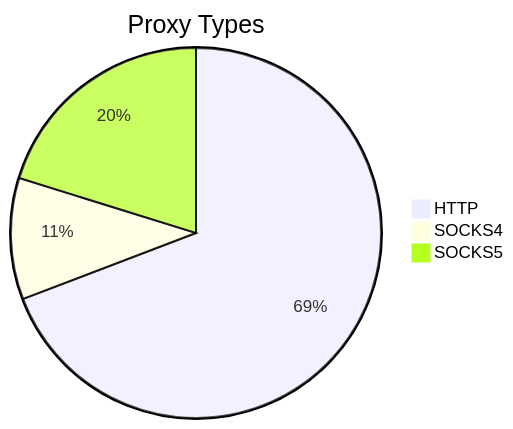
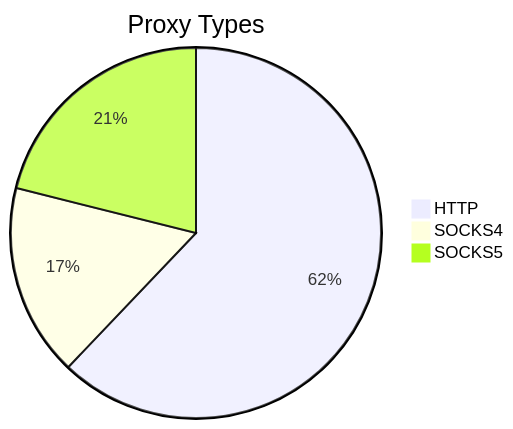
Before and after one commit to stormsia/proxy-list: the first of 2 diagrams in README.md, drawn with Mermaid. The commit also changed other lines of this file, not shown here.

````diff
--- a/README.md
+++ b/README.md
@@ -21,6 +21,6 @@
 ```mermaid
 pie title Proxy Types
-    "HTTP" : 209
-    "SOCKS4" : 32
-    "SOCKS5" : 61
+    "HTTP" : 159
+    "SOCKS4" : 43
+    "SOCKS5" : 54
 ```
````
